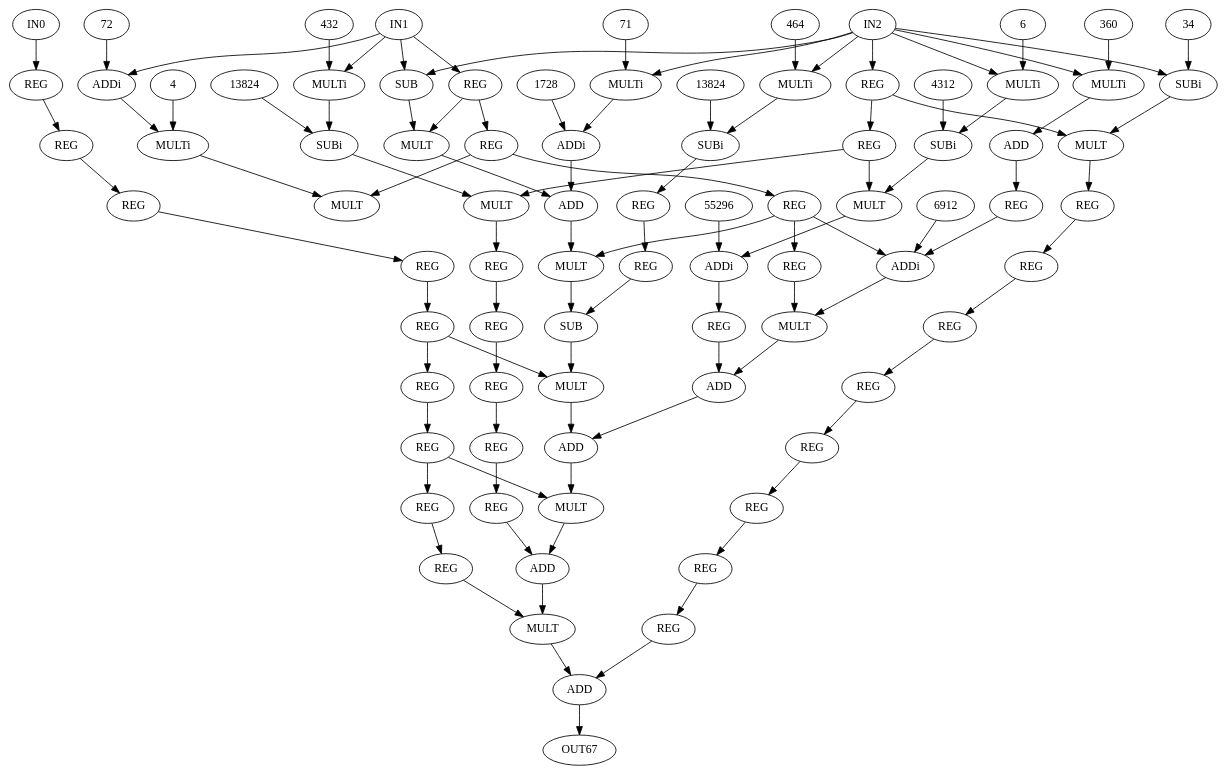
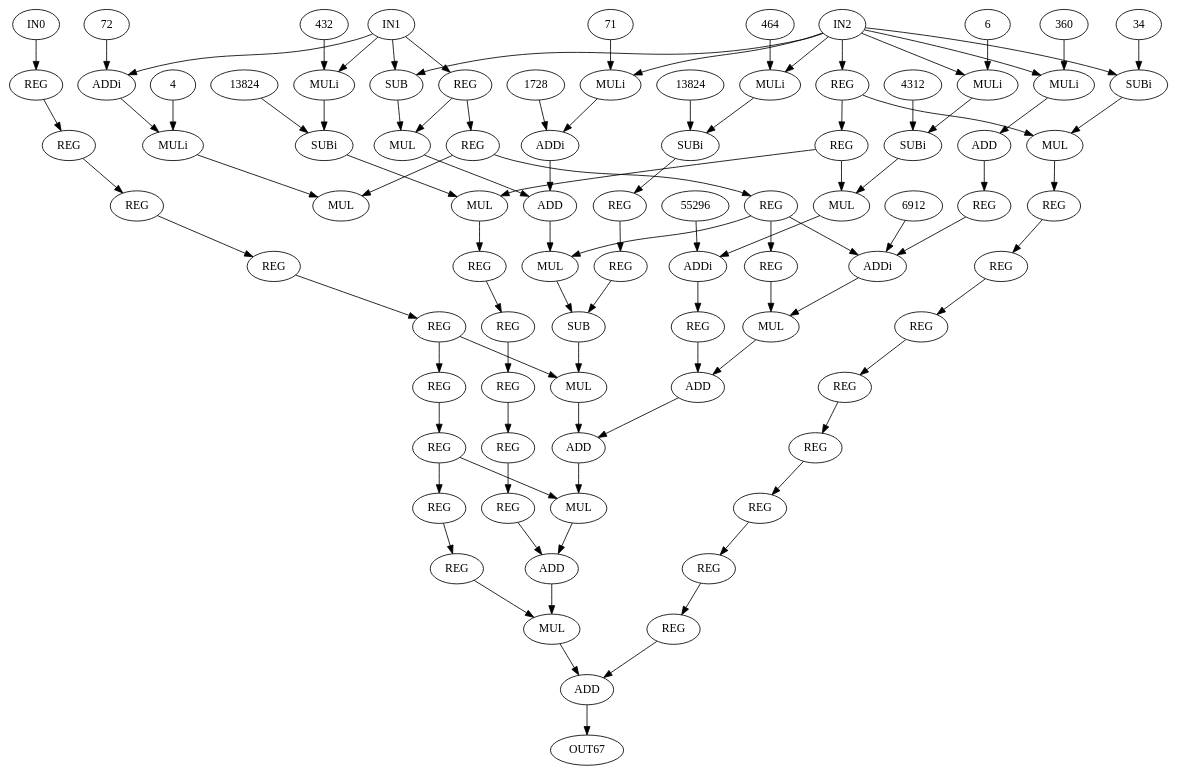
Before and after one commit to lesc-ufv/fdam: the diagram in fdam-samples/fdam-cgra-samples/cgra_128_radix8/sw/cpp/dot_dataflows/poly8.dot, drawn with Graphviz. The commit also changed 15 other files, not shown here.

```diff
--- a/fdam-samples/fdam-cgra-samples/cgra_128_radix8/sw/cpp/dot_dataflows/poly8.dot
+++ b/fdam-samples/fdam-cgra-samples/cgra_128_radix8/sw/cpp/dot_dataflows/poly8.dot
@@ -1,181 +1,181 @@
 digraph Poly8{
  0 [ label = IN0 ]
  1 [ label = IN1 ]
  2 [ label = IN2 ]
  3 [ label = REG]
  4 [ label = REG]
  5 [ label = REG]
  6 [ label = REG]
  7 [ label = REG]
  8 [ label = REG]
  9 [ label = REG]
  10 [ label = REG]
  11 [ label = REG]
  12 [ label = REG]
  13 [ label = REG]
  14 [ label = REG]
  15 [ label = REG]
  16 [ label = REG]
  17 [ label = REG]
  18 [ label = REG]
  19 [ label = REG]
  20 [ label = REG]
  21 [ label = REG]
  22 [ label = REG]
  23 [ label = REG]
  24 [ label = REG]
  25 [ label = REG]
  26 [ label = REG]
  27 [ label = REG]
  28 [ label = REG]
  29 [ label = REG]
  30 [ label = REG]
  31 [ label = REG]
  32 [ label = REG]
  33 [ label = REG]
  34 [ label = REG]
  35 [ label = ADDi, VALUE = 72]
  "35.72"[ label = 72 ]
  36 [ label = ADD]
  37 [ label = ADDi, VALUE = 6912]
  "37.6912"[ label = 6912 ]
  38 [ label = ADDi, VALUE = 1728]
  "38.1728"[ label = 1728 ]
  39 [ label = ADD]
  40 [ label = ADDi, VALUE = 55296]
  "40.55296"[ label = 55296 ]
  41 [ label = ADD]
  42 [ label = ADD]
  43 [ label = ADD]
  44 [ label = ADD]
- 45 [ label = MULTi, VALUE = 4]
+ 45 [ label = MULi, VALUE = 4]
  "45.4"[ label = 4 ]
- 46 [ label = MULT]
- 47 [ label = MULTi, VALUE = 432]
+ 46 [ label = MUL]
+ 47 [ label = MULi, VALUE = 432]
  "47.432"[ label = 432 ]
- 48 [ label = MULT]
- 49 [ label = MULT]
- 50 [ label = MULTi, VALUE = 360]
+ 48 [ label = MUL]
+ 49 [ label = MUL]
+ 50 [ label = MULi, VALUE = 360]
  "50.360"[ label = 360 ]
- 51 [ label = MULT]
- 52 [ label = MULTi, VALUE = 71]
+ 51 [ label = MUL]
+ 52 [ label = MULi, VALUE = 71]
  "52.71"[ label = 71 ]
- 53 [ label = MULT]
- 54 [ label = MULTi, VALUE = 6]
+ 53 [ label = MUL]
+ 54 [ label = MULi, VALUE = 6]
  "54.6"[ label = 6 ]
- 55 [ label = MULT]
- 56 [ label = MULTi, VALUE = 464]
+ 55 [ label = MUL]
+ 56 [ label = MULi, VALUE = 464]
  "56.464"[ label = 464 ]
- 57 [ label = MULT]
- 58 [ label = MULT]
- 59 [ label = MULT]
- 60 [ label = MULT]
+ 57 [ label = MUL]
+ 58 [ label = MUL]
+ 59 [ label = MUL]
+ 60 [ label = MUL]
  61 [ label = SUBi, VALUE = 13824]
  "61.13824"[ label = 13824 ]
  62 [ label = SUB]
  63 [ label = SUBi, VALUE = 4312]
  "63.4312"[ label = 4312 ]
  64 [ label = SUBi, VALUE = 13824]
  "64.13824"[ label = 13824 ]
  65 [ label = SUB]
  66 [ label = SUBi, VALUE = 34]
  "66.34"[ label = 34 ]
  67 [ label = OUT67 ]
  0 -> 26
  1 -> 3
  1 -> 35
  1 -> 47
  1 -> 62
  2 -> 62
  2 -> 15
  2 -> 50
  2 -> 52
  2 -> 54
  2 -> 56
  2 -> 66
  3 -> 4
  3 -> 49
  4 -> 5
  4 -> 46
  5 -> 6
  5 -> 37
  5 -> 53
  6 -> 51
  7 -> 8
  8 -> 9
  9 -> 10
  10 -> 11
  11 -> 43
  12 -> 23
  13 -> 37
  14 -> 41
  15 -> 16
  15 -> 60
  16 -> 48
  16 -> 55
  17 -> 18
  18 -> 65
  19 -> 20
  20 -> 21
  21 -> 22
  22 -> 12
  23 -> 24
  24 -> 25
  25 -> 44
  26 -> 27
  27 -> 28
  28 -> 29
  29 -> 30
  30 -> 31
  30 -> 57
  31 -> 32
  32 -> 33
  32 -> 58
  33 -> 34
  34 -> 59
  "35.72" -> 35
  35 -> 45
  36 -> 13
  "37.6912" -> 37
  37 -> 51
  "38.1728" -> 38
  38 -> 39
  39 -> 53
  "40.55296" -> 40
  40 -> 14
  41 -> 42
  42 -> 58
  43 -> 59
  44 -> 67
  "45.4" -> 45
  45 -> 46
  "47.432" -> 47
  47 -> 61
  48 -> 7
  49 -> 39
  "50.360" -> 50
  50 -> 36
  51 -> 41
  "52.71" -> 52
  52 -> 38
  53 -> 65
  "54.6" -> 54
  54 -> 63
  55 -> 40
  "56.464" -> 56
  56 -> 64
  57 -> 42
  58 -> 43
  59 -> 44
  60 -> 19
  "61.13824" -> 61
  61 -> 48
  62 -> 49
  "63.4312" -> 63
  63 -> 55
  "64.13824" -> 64
  64 -> 17
  65 -> 57
  "66.34" -> 66
  66 -> 60
 }
```
